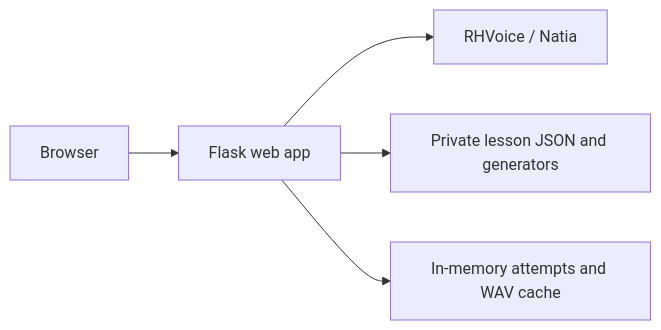
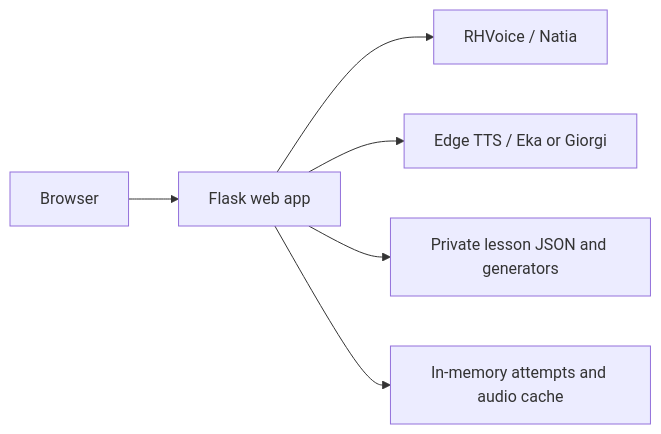
Before and after one commit to orlov-r/Talker: the diagram in docs/architecture.md, drawn with Mermaid. The commit also changed other lines of this file and 12 other files, not shown here.

Commit message:
Integrate Edge TTS voices with lesson audio fallback

````diff
--- a/docs/architecture.md
+++ b/docs/architecture.md
@@ -9,7 +9,8 @@
 ```mermaid
 flowchart LR
     B[Browser] --> W[Flask web app]
     W --> R[RHVoice / Natia]
+    W --> E[Edge TTS / Eka or Giorgi]
     W --> L[Private lesson JSON and generators]
-    W --> S[In-memory attempts and WAV cache]
+    W --> S[In-memory attempts and audio cache]
 ```
````
